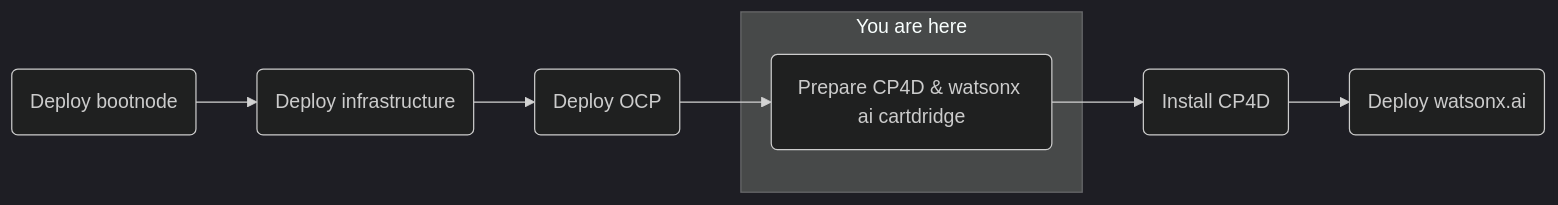
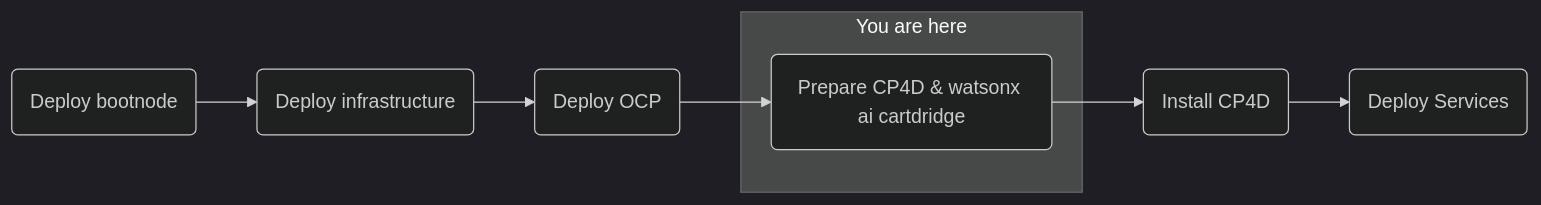
Before and after one commit to ibm-client-engineering/solution-wxai-aws: the diagram in flight-logs/2024-04-03-cocreate.mdx, drawn with Mermaid (dark theme). The commit also changed 8 other files, not shown here.

````diff
--- a/flight-logs/2024-04-03-cocreate.mdx
+++ b/flight-logs/2024-04-03-cocreate.mdx
@@ -11,11 +11,11 @@
 ```mermaid
 flowchart LR
     A(Deploy bootnode) --> B(Deploy infrastructure)
     B -->C(Deploy OCP)
     subgraph "You are here"
     D(Prepare CP4D & watsonx ai cartdridge)
     end
     C -->D
     D -->E(Install CP4D)
-    E -->F(Deploy watsonx.ai)
+    E -->F(Deploy Services)
 ```
````
